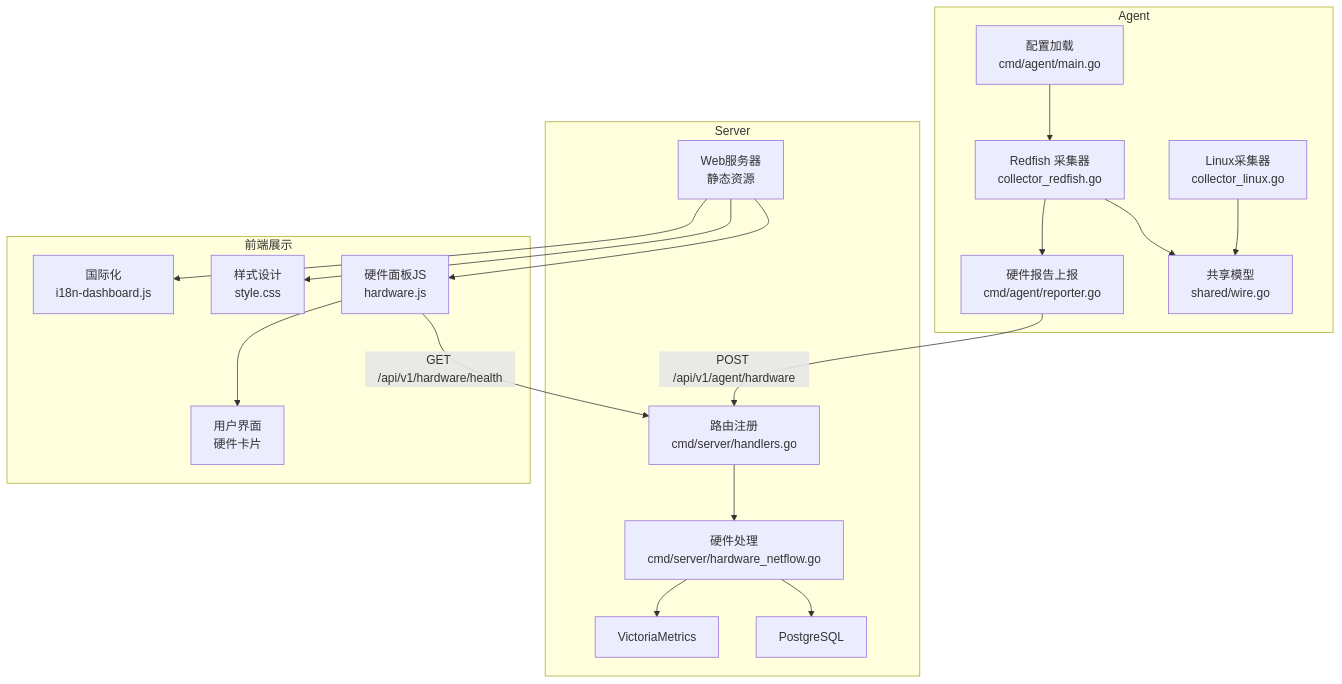
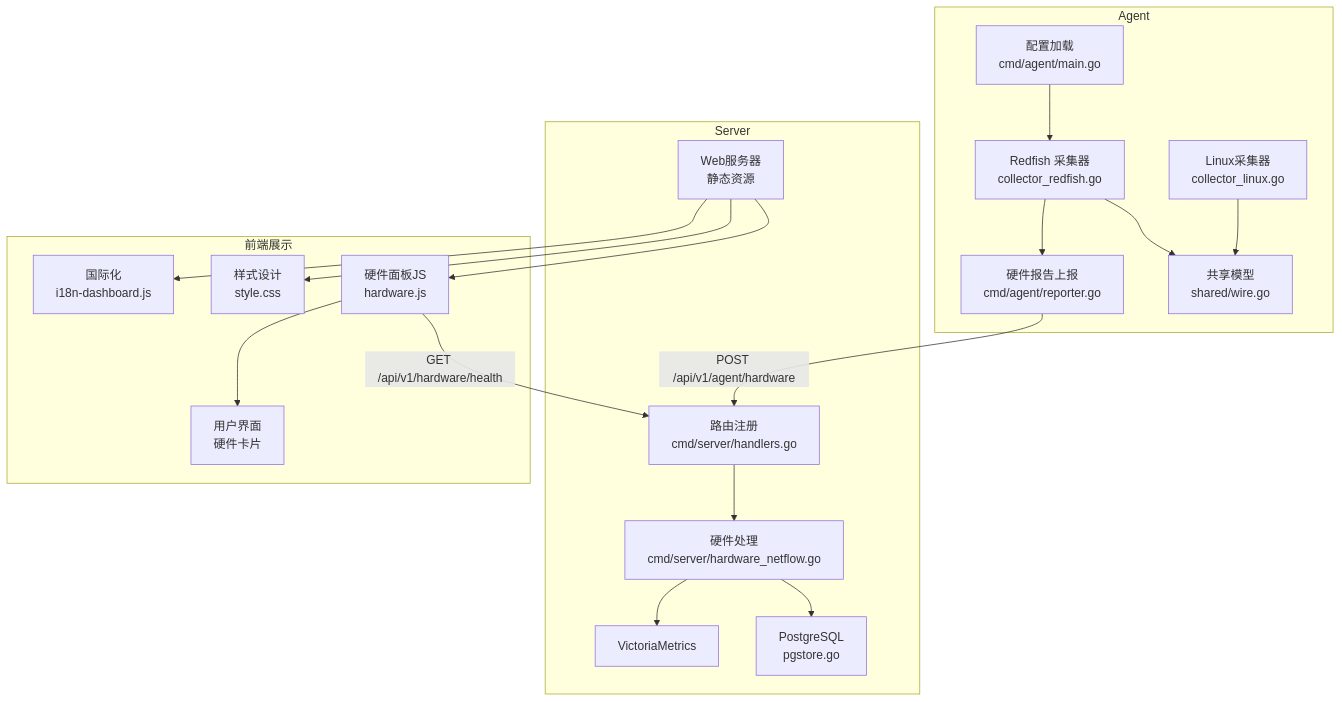
One commit to sreyun/aiops-monitor changed the first of 6 diagrams in .qoder/repowiki/zh/content/架构设计/Agent 客户端架构/Redfish硬件采集器.md. Above: the diagram before and after it, drawn with Mermaid. The commit also changed other lines of this file and 38 other files, not shown here.

````diff
--- a/.qoder/repowiki/zh/content/架构设计/Agent 客户端架构/Redfish硬件采集器.md
+++ b/.qoder/repowiki/zh/content/架构设计/Agent 客户端架构/Redfish硬件采集器.md
@@ -60,36 +64,36 @@
 ```mermaid
 graph TB
 subgraph "Agent"
 RF["Redfish 采集器<br/>collector_redfish.go"]
 CFG["配置加载<br/>cmd/agent/main.go"]
 SHARED["共享模型<br/>shared/wire.go"]
 REP["硬件报告上报<br/>cmd/agent/reporter.go"]
 LINUX["Linux采集器<br/>collector_linux.go"]
 end
 subgraph "Server"
 HND["路由注册<br/>cmd/server/handlers.go"]
 HW["硬件处理<br/>cmd/server/hardware_netflow.go"]
-PG["PostgreSQL"]
+PG["PostgreSQL<br/>pgstore.go"]
 VM["VictoriaMetrics"]
 WEB["Web服务器<br/>静态资源"]
 end
 subgraph "前端展示"
 JS["硬件面板JS<br/>hardware.js"]
 CSS["样式设计<br/>style.css"]
 I18N["国际化<br/>i18n-dashboard.js"]
 UI["用户界面<br/>硬件卡片"]
 end
 CFG --> RF
 RF --> SHARED
 RF --> REP
 REP --> |"POST /api/v1/agent/hardware"| HND
 HND --> HW
 HW --> PG
 HW --> VM
 WEB --> JS
 WEB --> CSS
 WEB --> I18N
 JS --> |"GET /api/v1/hardware/health"| HND
 JS --> UI
 LINUX --> SHARED
 ```
````
